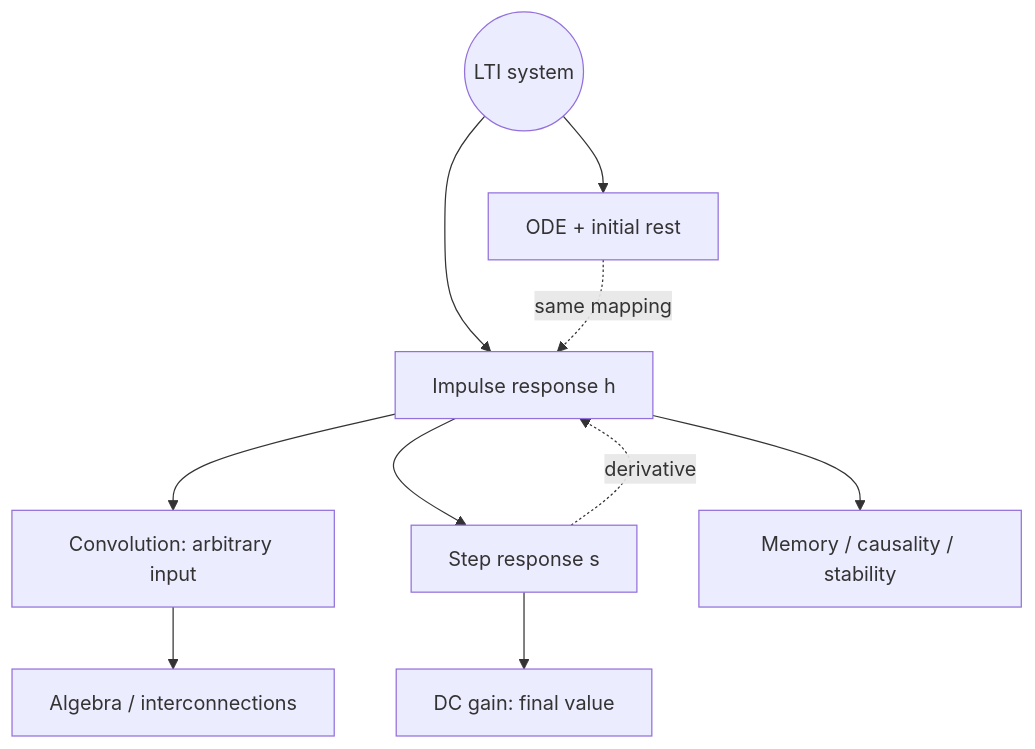
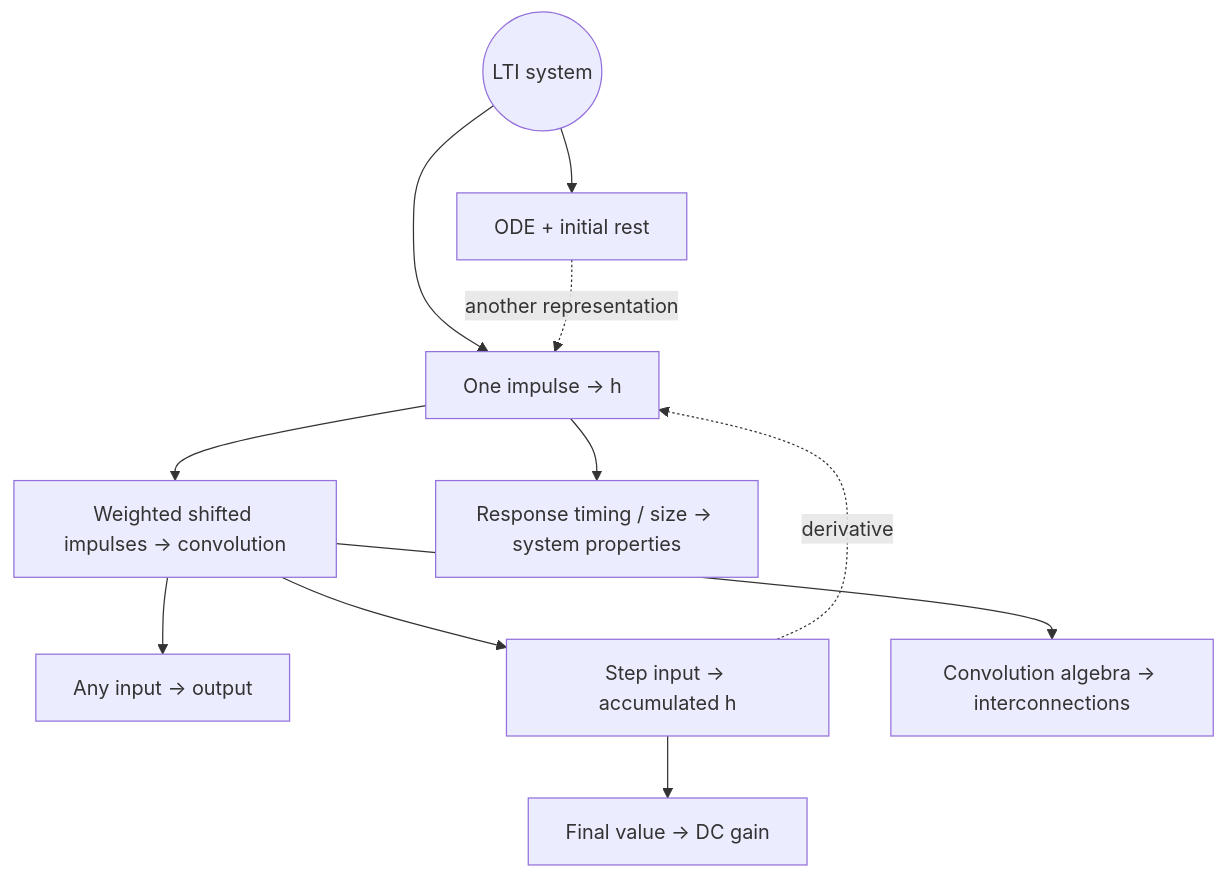
One commit to ZGQmoe/EEEN-20131-Notes changed the diagram in chapter-6-lti-and-convolution.md. Above: the diagram before and after it, drawn with Mermaid. The commit also changed other lines of this file, not shown here.

Commit message:
Build chapter 6 as a connected learning sequence with a running example

````diff
--- a/chapter-6-lti-and-convolution.md
+++ b/chapter-6-lti-and-convolution.md
@@ -7,12 +7,14 @@
 ```mermaid
 flowchart TD
-    S((LTI system)) --> H[Impulse response h]
-    H --> Y[Convolution: arbitrary input]
-    H --> R[Step response s]
-    R --> K[DC gain: final value]
-    H --> P[Memory / causality / stability]
-    Y --> A[Algebra / interconnections]
-    S --> O[ODE + initial rest]
-    O -. same mapping .-> H
-    R -. derivative .-> H
+    R((LTI system))
+    R --> H[One impulse → h]
+    H --> C[Weighted shifted impulses → convolution]
+    C --> Y[Any input → output]
+    C --> S[Step input → accumulated h]
+    S --> G[Final value → DC gain]
+    C --> A[Convolution algebra → interconnections]
+    H --> P[Response timing / size → system properties]
+    R --> O[ODE + initial rest]
+    O -. another representation .-> H
+    S -. derivative .-> H
 ```
````
